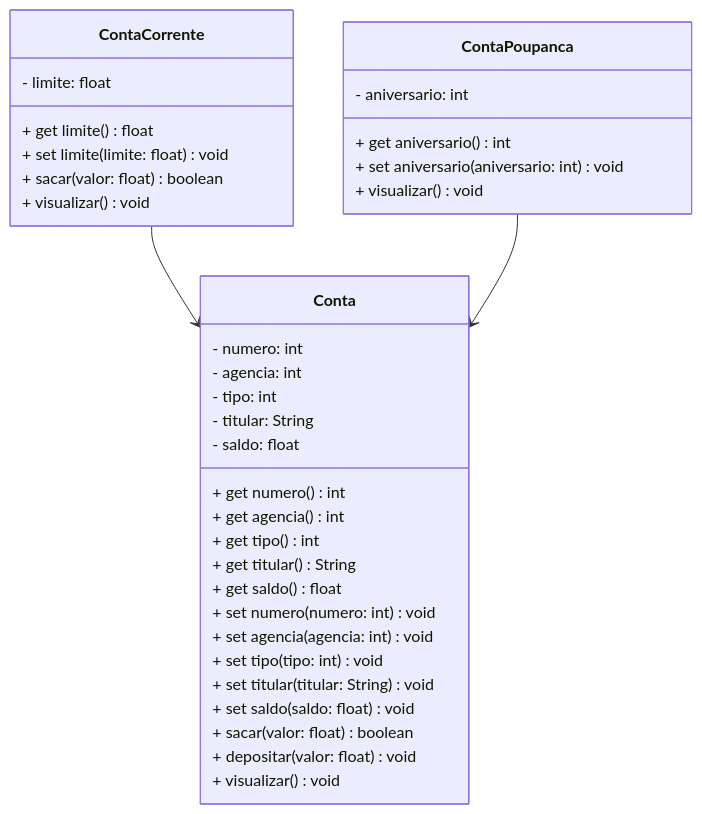
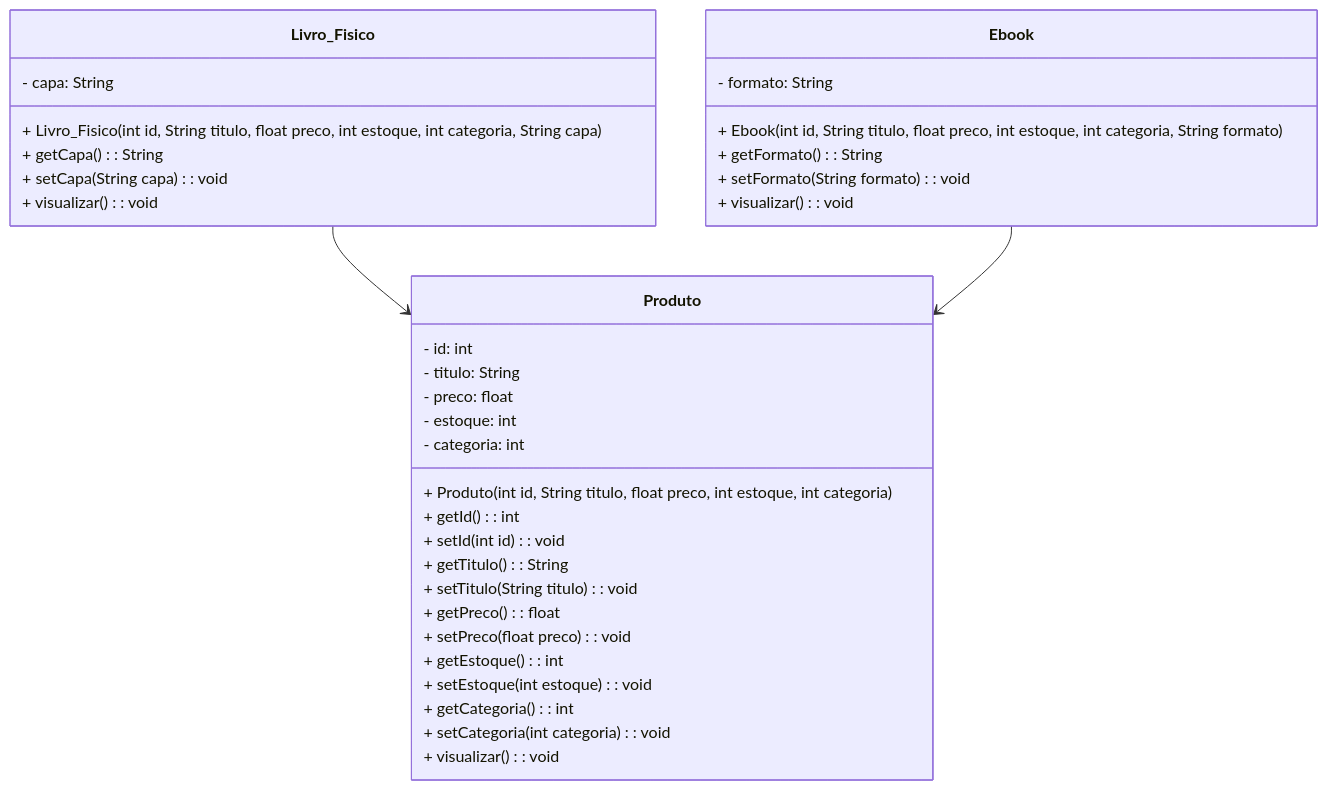
One commit to cdouradom/Projeto_final_bloco_01 changed the diagram in README.md. Above: the diagram before and after it, drawn with Mermaid. The commit also changed other lines of this file and 5 other files, not shown here.

````diff
--- a/README.md
+++ b/README.md
@@ -84,38 +90,42 @@
 ```mermaid
 classDiagram
-class Conta {
-  - numero: int
-  - agencia: int
-  - tipo: int
-  - titular: String
-  - saldo: float
-  + get numero() int
-  + get agencia() int
-  + get tipo() int
-  + get titular() String
-  + get saldo() float
-  + set numero(numero: int) void
-  + set agencia(agencia: int) void
-  + set tipo(tipo: int) void
-  + set titular(titular: String) void
-  + set saldo(saldo: float) void
-  + sacar(valor: float) boolean
-  + depositar(valor: float) void
-  + visualizar() void
+class Produto {
+  - id: int
+  - titulo: String
+  - preco: float
+  - estoque: int
+  - categoria: int
+  + Produto(int id, String titulo, float preco, int estoque, int categoria)
+  + getId(): int
+  + setId(int id): void
+  + getTitulo(): String
+  + setTitulo(String titulo): void
+  + getPreco(): float
+  + setPreco(float preco): void
+  + getEstoque(): int
+  + setEstoque(int estoque): void
+  + getCategoria(): int
+  + setCategoria(int categoria): void
+  + visualizar(): void
 }
-class ContaCorrente {
-  - limite: float
-  + get limite() float
-  + set limite(limite: float) void
-  + sacar(valor: float) boolean
-  + visualizar() void
+
+class Livro_Fisico {
+  - capa: String
+  + Livro_Fisico(int id, String titulo, float preco, int estoque, int categoria, String capa)
+  + getCapa(): String
+  + setCapa(String capa): void
+  + visualizar(): void
 }
-class ContaPoupanca {
-  - aniversario: int
-  + get aniversario() int
-  + set aniversario(aniversario: int) void
-  + visualizar() void
+
+class Ebook {
+  - formato: String
+  + Ebook(int id, String titulo, float preco, int estoque, int categoria, String formato)
+  + getFormato(): String
+  + setFormato(String formato): void
+  + visualizar(): void
 }
-ContaCorrente --> Conta
-ContaPoupanca --> Conta
+
+Livro_Fisico --> Produto
+Ebook --> Produto
+
 ```
````
